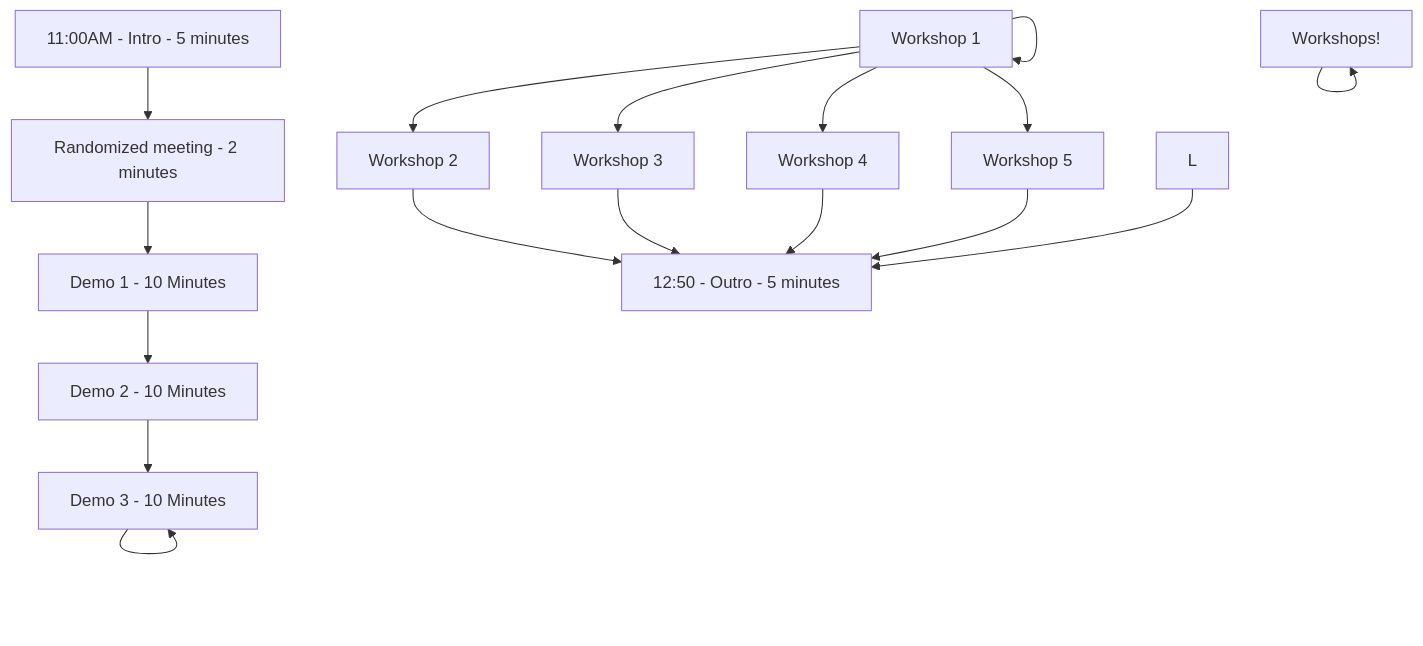
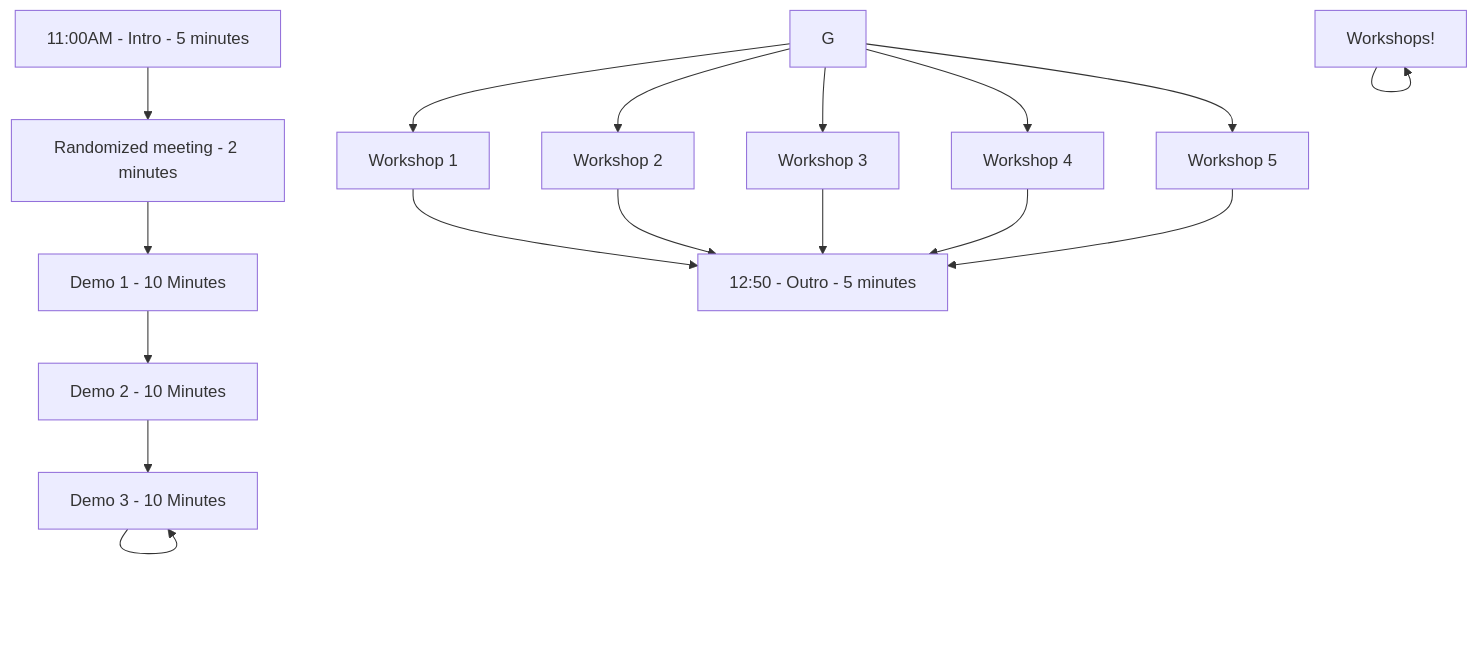
One commit to Brale-xyz/dayzero changed the diagram in Structure.md. Above: the diagram before and after it, drawn with Mermaid.

````diff
--- a/Structure.md
+++ b/Structure.md
@@ -1,17 +1,17 @@
 ```mermaid
 graph TD
     A[11:00AM - Intro - 5 minutes] --> B[Randomized meeting - 2 minutes]
     B --> C[Demo 1 - 10 Minutes]
     C --> D[Demo 2 - 10 Minutes]
     D --> E[Demo 3 - 10 Minutes]
     E --> E[Demo 3 - 10 Minutes]
     F --> F[Workshops!]
     
-    G --> G[Workshop 1]
-    G --> H[Workshop 2]
-    G --> I[Workshop 3]
-    G --> J[Workshop 4]
-    G --> K[Workshop 5]
+    G --> H[Workshop 1]
+    G --> I[Workshop 2]
+    G --> J[Workshop 3]
+    G --> K[Workshop 4]
+    G --> L[Workshop 5]
     
     H & I & J & K & L --> N[12:50 - Outro - 5 minutes]
 ```
````
